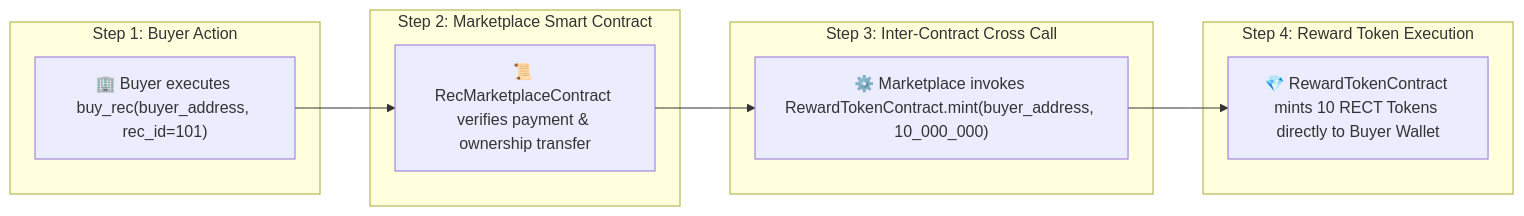
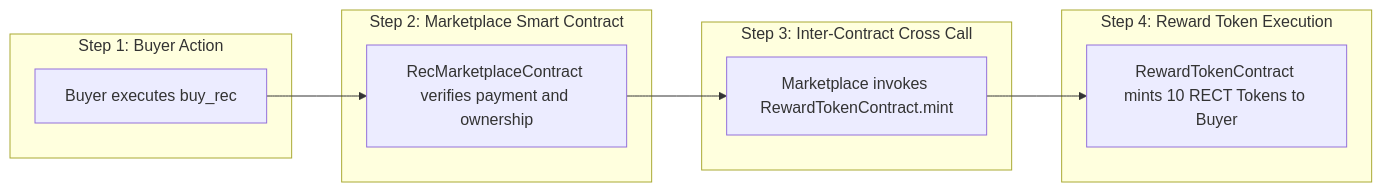
Before and after one commit to sachinnit25/Renewable-Energy-Credit-Marketplace: the third of 5 diagrams in README.md, drawn with Mermaid. The commit also changed other lines of this file, not shown here.

Commit message:
fix(docs): fix Mermaid syntax quotation and edge labels in README.md for GitHub rich display rendering

````diff
--- a/README.md
+++ b/README.md
@@ -113,20 +114,20 @@
 ```mermaid
 flowchart LR
   subgraph Step1 ["Step 1: Buyer Action"]
-    A["🏢 Buyer executes buy_rec(buyer_address, rec_id=101)"]
+    A["Buyer executes buy_rec"]
   end
 
   subgraph Step2 ["Step 2: Marketplace Smart Contract"]
-    B["📜 RecMarketplaceContract verifies payment & ownership transfer"]
+    B["RecMarketplaceContract verifies payment and ownership"]
   end
 
   subgraph Step3 ["Step 3: Inter-Contract Cross Call"]
-    C["⚙️ Marketplace invokes RewardTokenContract.mint(buyer_address, 10_000_000)"]
+    C["Marketplace invokes RewardTokenContract.mint"]
   end
 
   subgraph Step4 ["Step 4: Reward Token Execution"]
-    D["💎 RewardTokenContract mints 10 RECT Tokens directly to Buyer Wallet"]
+    D["RewardTokenContract mints 10 RECT Tokens to Buyer"]
   end
 
   A --> B --> C --> D
 ```
````
